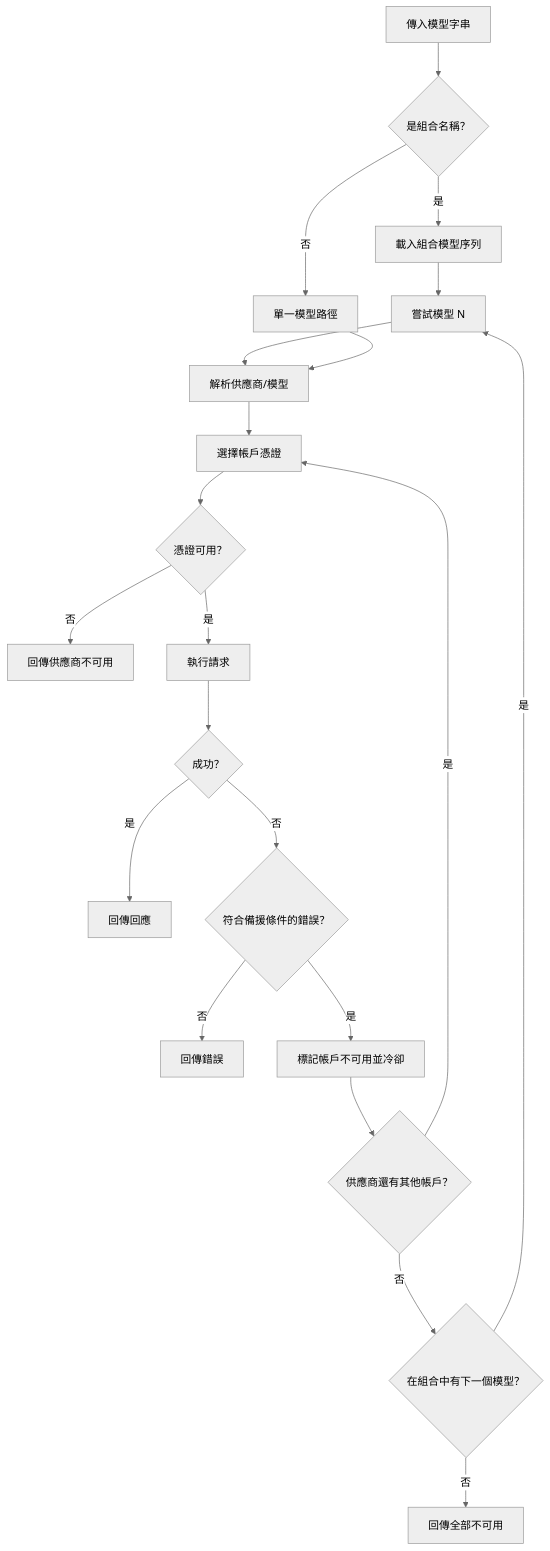
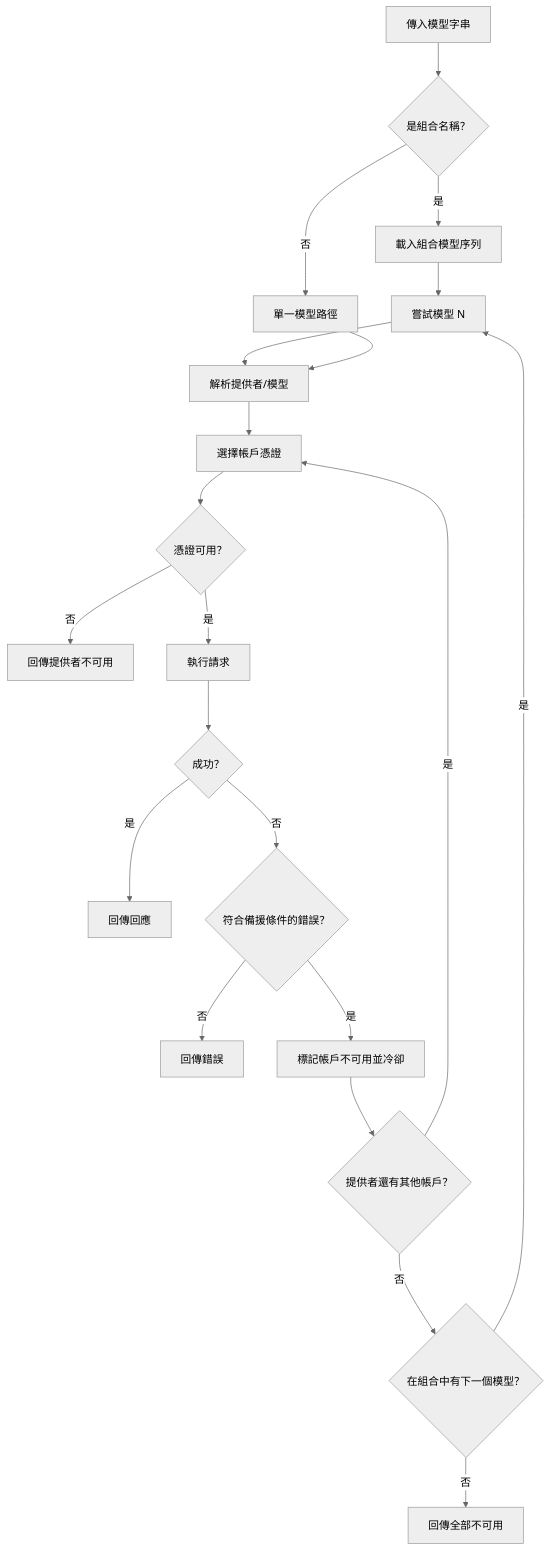
The third of 7 diagrams in mirrors/repos/diegosouzapw@OmniRoute/docs/i18n/zh-TW/docs/architecture/ARCHITECTURE.md (gabrielmoreira/agent-skills-mirror), drawn with Mermaid (neutral theme) before and after one commit. The commit also changed other lines of this file and 1979 other files, not shown here.

````diff
--- a/mirrors/repos/diegosouzapw@OmniRoute/docs/i18n/zh-TW/docs/architecture/ARCHITECTURE.md
+++ b/mirrors/repos/diegosouzapw@OmniRoute/docs/i18n/zh-TW/docs/architecture/ARCHITECTURE.md
@@ -579,27 +579,27 @@
 ```mermaid
 flowchart TD
     A[傳入模型字串] --> B{是組合名稱？}
     B -- 是 --> C[載入組合模型序列]
     B -- 否 --> D[單一模型路徑]
 
     C --> E[嘗試模型 N]
-    E --> F[解析供應商/模型]
+    E --> F[解析提供者/模型]
     D --> F
 
     F --> G[選擇帳戶憑證]
     G --> H{憑證可用？}
-    H -- 否 --> I[回傳供應商不可用]
+    H -- 否 --> I[回傳提供者不可用]
     H -- 是 --> J[執行請求]
 
     J --> K{成功？}
     K -- 是 --> L[回傳回應]
     K -- 否 --> M{符合備援條件的錯誤？}
 
     M -- 否 --> N[回傳錯誤]
     M -- 是 --> O[標記帳戶不可用並冷卻]
-    O --> P{供應商還有其他帳戶？}
+    O --> P{提供者還有其他帳戶？}
     P -- 是 --> G
     P -- 否 --> Q{在組合中有下一個模型？}
     Q -- 是 --> E
     Q -- 否 --> R[回傳全部不可用]
 ```
````
